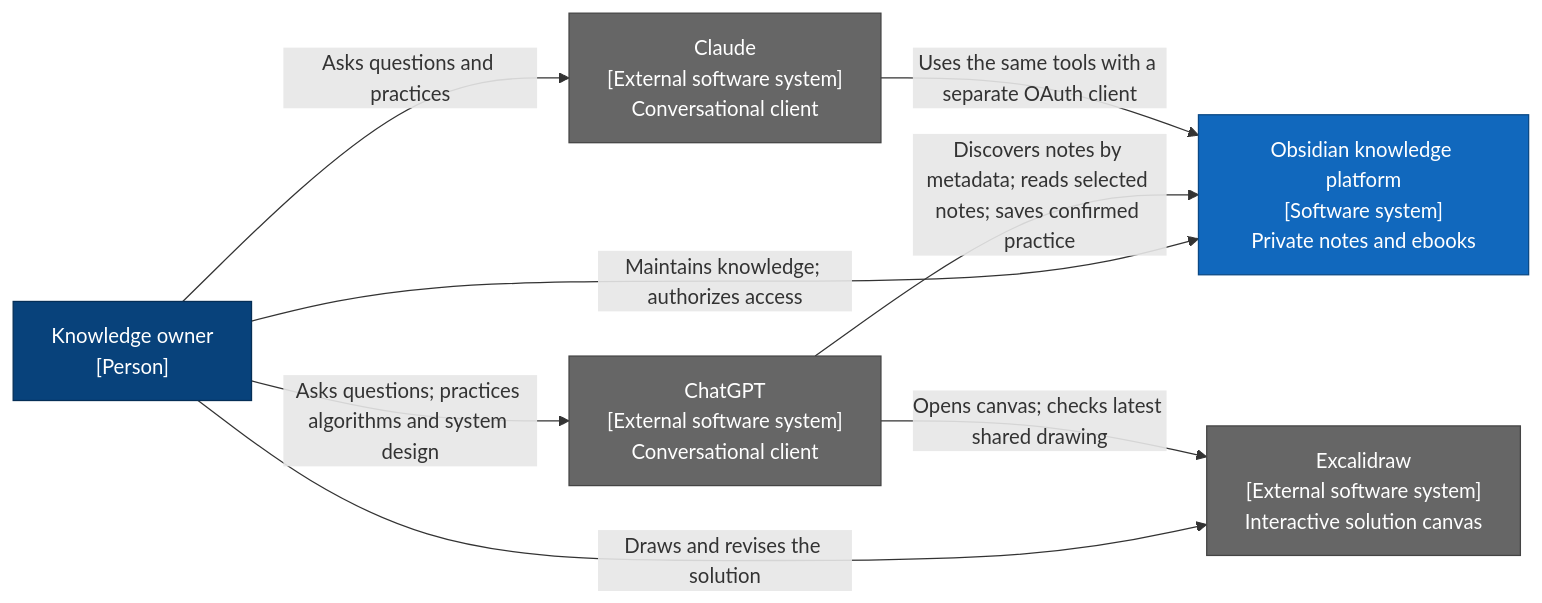
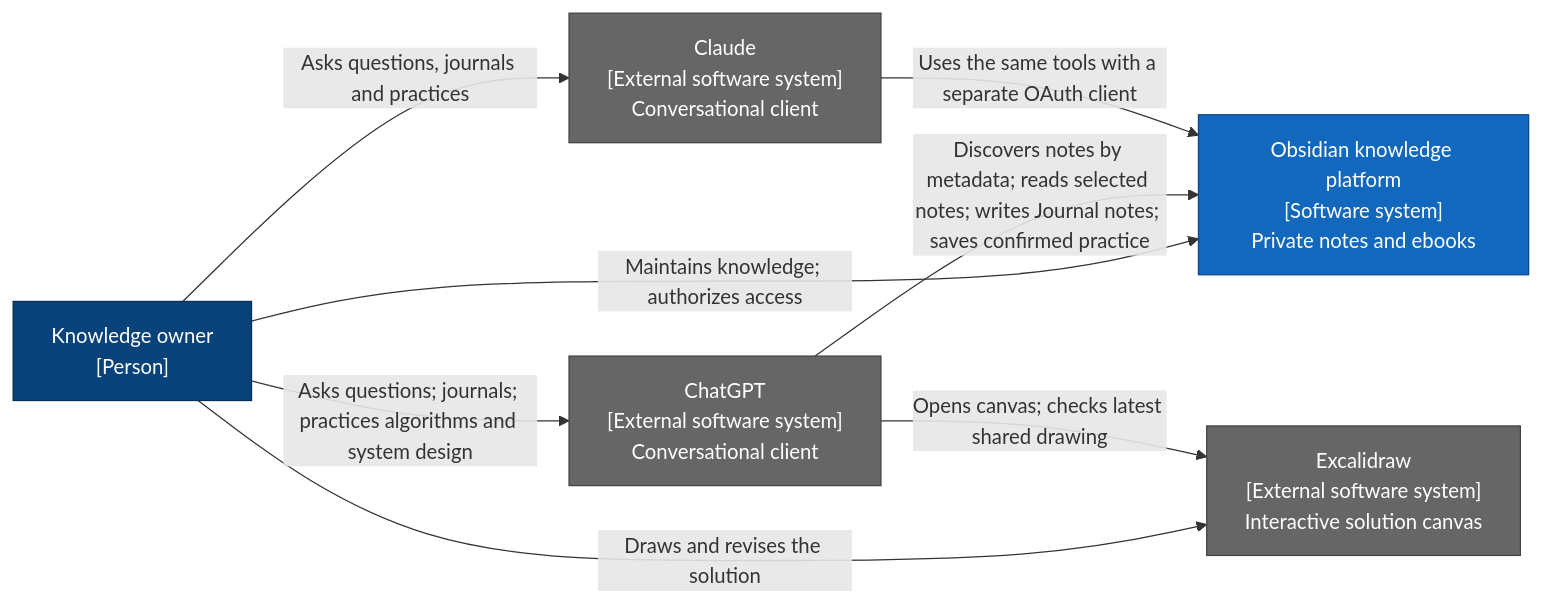
One commit to yepengfan/obsidian-workflow-infra changed the first of 2 diagrams in README.md. Above: the diagram before and after it, drawn with Mermaid. The commit also changed other lines of this file and 27 other files, not shown here.

````diff
--- a/README.md
+++ b/README.md
@@ -20,23 +21,23 @@
 ```mermaid
 flowchart LR
     Owner["Knowledge owner<br/>[Person]"]
     ChatGPT["ChatGPT<br/>[External software system]<br/>Conversational client"]
     Claude["Claude<br/>[External software system]<br/>Conversational client"]
     Platform["Obsidian knowledge platform<br/>[Software system]<br/>Private notes and ebooks"]
     Excalidraw["Excalidraw<br/>[External software system]<br/>Interactive solution canvas"]
 
-    Owner -->|"Asks questions; practices algorithms and system design"| ChatGPT
-    Owner -->|"Asks questions and practices"| Claude
+    Owner -->|"Asks questions; journals; practices algorithms and system design"| ChatGPT
+    Owner -->|"Asks questions, journals and practices"| Claude
     Owner -->|"Maintains knowledge; authorizes access"| Platform
-    ChatGPT -->|"Discovers notes by metadata; reads selected notes; saves confirmed practice"| Platform
+    ChatGPT -->|"Discovers notes by metadata; reads selected notes; writes Journal notes; saves confirmed practice"| Platform
     Claude -->|"Uses the same tools with a separate OAuth client"| Platform
     Owner -->|"Draws and revises the solution"| Excalidraw
     ChatGPT -->|"Opens canvas; checks latest shared drawing"| Excalidraw
 
     classDef person fill:#08427b,color:#fff,stroke:#052e56
     classDef external fill:#666,color:#fff,stroke:#444
     classDef system fill:#1168bd,color:#fff,stroke:#0b4884
     class Owner person
     class ChatGPT,Claude,Excalidraw external
     class Platform system
 ```
````
